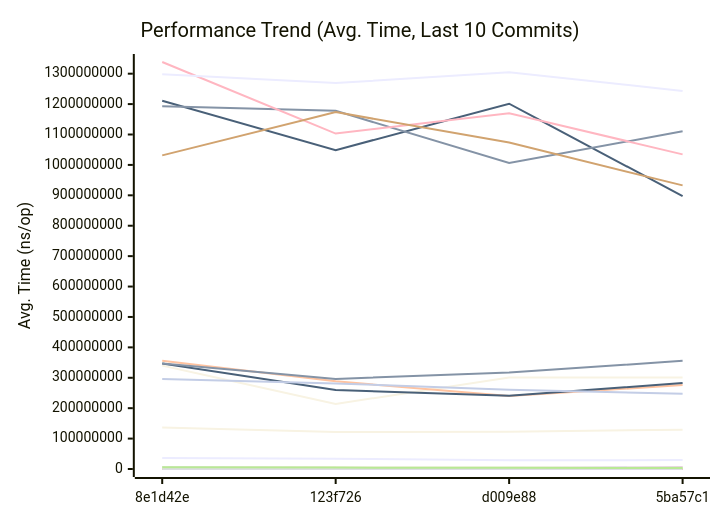
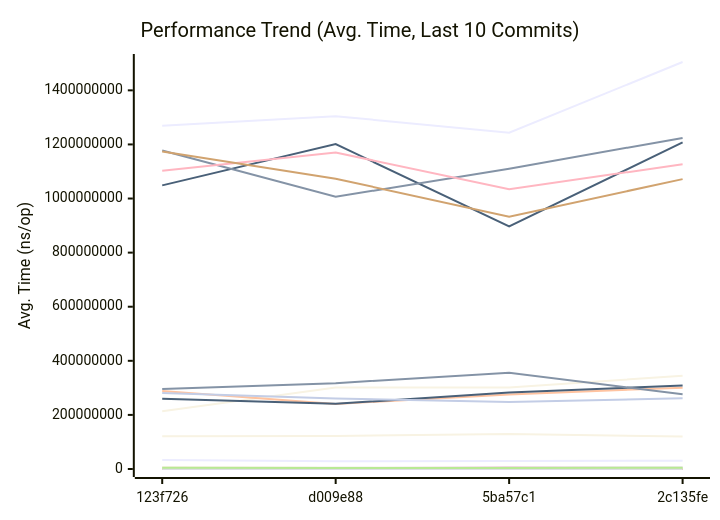
One commit to alsotoes/momo changed the first of 3 diagrams in docs/PERFORMANCE.md. Above: the diagram before and after it, drawn with Mermaid. The commit also changed other lines of this file and 2 other files, not shown here.

Commit message:
fix: scrub referencedBlobs to handle v2 ObjectMeta format (#934)

````diff
--- a/docs/PERFORMANCE.md
+++ b/docs/PERFORMANCE.md
@@ -260,44 +260,44 @@
 ```mermaid
 xychart-beta
     title "Performance Trend (Avg. Time, Last 10 Commits)"
     x-axis "Commit"
     y-axis "Avg. Time (ns/op)"
-    x-axis [8e1d42e,123f726,d009e88,5ba57c1]
-    line "AWSChunkedReaderSigned" [596016,541759,554800,615254,528737,564386,758672,413086,397685,535625]
-    line "AWSChunkedReaderUnsigned" [624951,521049,581740,507516,587797,593238,672192,414070,405982,479460]
-    line "CheckMetricsAndSwap" [13,11,12,11,10,13,15,8,7,10]
-    line "CrushOptimized" [487,522,363,426,455,372,348,300,328,320]
-    line "CrushOriginal" [697,658,647,700,629,670,500,425,443,407]
-    line "FormatListObjectsV2XML_AppendFormat" [928365,977381,898486,862695,851540,926975,915187,583023,566690,627648]
-    line "FormatListObjectsV2XML_OldFormat" [521514,565611,503389,497195,517753,571332,678624,365879,366636,408457]
-    line "HashBytes/1MiB" [4965423,4315588,3618889,5475294,4458201,5002278,3553145,3949669,3443981,3592333]
-    line "HashBytes/256MiB" [1211052717,1048575116,1201286487,897333718,1207294588,1184745180,1044551719,953557308,880098861,925707610]
-    line "HashBytes/64MiB" [339981640,213869807,301162837,301221390,345018440,277796866,225326458,239330627,209418782,242948441]
-    line "HashFile/1MiB" [5039192,3960989,4760647,3647035,4734519,4310666,4389479,3364281,3842035,3350950]
-    line "HashFile/256MiB" [1193078064,1177833636,1006415705,1110450496,1224080744,1231037862,1035601414,793044431,881918242,1015211606]
-    line "HashFile/64MiB" [356293580,288277413,240359009,275852870,300686574,287252666,248823362,200009250,249484580,207167851]
-    line "IndexDirectTracking" [0,0,0,0,1,1,1,0,0,0]
-    line "IndexSearch" [2,2,2,2,2,2,3,2,2,2]
-    line "LastModifiedHeader_AppendFormat" [411,306,291,280,241,335,327,200,185,228]
-    line "LastModifiedHeader_Format" [418,381,345,360,407,375,540,279,262,285]
-    line "LoadGlobalConfig" [15639,12955,12190,11396,14415,13002,10458,9205,9952,8921]
-    line "LocalWrite/1MiB" [620492,558337,524282,489792,546231,429345,817681,719361,445767,431598]
-    line "LocalWrite/256MiB" [136595670,121311016,122106179,129421555,120328176,124110973,158044809,120298309,94142106,100079806]
-    line "LocalWrite/64MiB" [35901035,33613673,28590856,29289820,30438473,30969681,34833751,27951923,24072639,25874779]
-    line "PadString" [64,59,66,60,55,62,58,41,57,53]
+    x-axis [123f726,d009e88,5ba57c1,2c135fe]
+    line "AWSChunkedReaderSigned" [541759,554800,615254,528737,564386,758672,413086,397685,535625,618041]
+    line "AWSChunkedReaderUnsigned" [521049,581740,507516,587797,593238,672192,414070,405982,479460,573661]
+    line "CheckMetricsAndSwap" [11,12,11,10,13,15,8,7,10,10]
+    line "CrushOptimized" [522,363,426,455,372,348,300,328,320,458]
+    line "CrushOriginal" [658,647,700,629,670,500,425,443,407,633]
+    line "FormatListObjectsV2XML_AppendFormat" [977381,898486,862695,851540,926975,915187,583023,566690,627648,848928]
+    line "FormatListObjectsV2XML_OldFormat" [565611,503389,497195,517753,571332,678624,365879,366636,408457,535755]
+    line "HashBytes/1MiB" [4315588,3618889,5475294,4458201,5002278,3553145,3949669,3443981,3592333,5110585]
+    line "HashBytes/256MiB" [1048575116,1201286487,897333718,1207294588,1184745180,1044551719,953557308,880098861,925707610,1174333367]
+    line "HashBytes/64MiB" [213869807,301162837,301221390,345018440,277796866,225326458,239330627,209418782,242948441,297766074]
+    line "HashFile/1MiB" [3960989,4760647,3647035,4734519,4310666,4389479,3364281,3842035,3350950,4950193]
+    line "HashFile/256MiB" [1177833636,1006415705,1110450496,1224080744,1231037862,1035601414,793044431,881918242,1015211606,1319192441]
+    line "HashFile/64MiB" [288277413,240359009,275852870,300686574,287252666,248823362,200009250,249484580,207167851,333549904]
+    line "IndexDirectTracking" [0,0,0,1,1,1,0,0,0,1]
+    line "IndexSearch" [2,2,2,2,2,3,2,2,2,2]
+    line "LastModifiedHeader_AppendFormat" [306,291,280,241,335,327,200,185,228,286]
+    line "LastModifiedHeader_Format" [381,345,360,407,375,540,279,262,285,385]
+    line "LoadGlobalConfig" [12955,12190,11396,14415,13002,10458,9205,9952,8921,13356]
+    line "LocalWrite/1MiB" [558337,524282,489792,546231,429345,817681,719361,445767,431598,526423]
+    line "LocalWrite/256MiB" [121311016,122106179,129421555,120328176,124110973,158044809,120298309,94142106,100079806,126435842]
+    line "LocalWrite/64MiB" [33613673,28590856,29289820,30438473,30969681,34833751,27951923,24072639,25874779,32839259]
+    line "PadString" [59,66,60,55,62,58,41,57,53,71]
     line "ParseReplicationOrder_NoPrealloc" [350,349,357,354,345,225,229,165,232,234]
     line "ParseReplicationOrder_Prealloc" [229,231,237,234,229,108,107,80,110,109]
-    line "Placement" [7054,7086,6141,6119,7125,6310,5825,4876,5168,4621]
-    line "PlacementDomainSpread" [7666,6917,6176,5740,6962,6385,6405,5139,5453,5023]
-    line "ReadVerify/1MiB" [4787467,3900770,3383659,5081549,5082713,4903321,6081724,3136229,3798416,3596845]
-    line "ReadVerify/256MiB" [1338425672,1103105249,1170100253,1034709963,1126615995,955370931,1411104961,1000738329,803259188,883417974]
-    line "ReadVerify/64MiB" [347180139,259882135,240879749,282446554,308997294,315121783,335838061,214326196,232435503,273582930]
-    line "S3PutSpool/1MiB" [5304842,5592080,5587762,4022819,5065293,4750326,6562486,3791252,4349655,4494504]
-    line "S3PutSpool/256MiB" [1298058993,1269281522,1304442018,1243287804,1504779272,1226604254,1140637754,1085496919,1054828608,1041459785]
-    line "S3PutSpool/64MiB" [347153910,296132654,317372640,355710496,276642924,271159852,378241377,245496530,292024160,277039985]
-    line "SanitizeLog/Safe" [341,309,277,263,246,286,286,227,233,295]
-    line "SanitizeLog/Unsafe" [1000,1005,1021,917,915,1036,1495,681,684,922]
-    line "TrustedRead/1MiB" [5638483,4655498,3708543,3570428,4694929,4495398,3669866,3527534,3390683,4063744]
-    line "TrustedRead/256MiB" [1031346576,1173571296,1073394044,932638111,1071768789,1012880474,1648511504,887056660,864337055,941546678]
-    line "TrustedRead/64MiB" [296255358,281349472,260468873,247394092,261716002,251602823,338500502,217741152,228835469,245169178]
+    line "Placement" [7086,6141,6119,7125,6310,5825,4876,5168,4621,6718]
+    line "PlacementDomainSpread" [6917,6176,5740,6962,6385,6405,5139,5453,5023,6553]
+    line "ReadVerify/1MiB" [3900770,3383659,5081549,5082713,4903321,6081724,3136229,3798416,3596845,4460850]
+    line "ReadVerify/256MiB" [1103105249,1170100253,1034709963,1126615995,955370931,1411104961,1000738329,803259188,883417974,1244837167]
+    line "ReadVerify/64MiB" [259882135,240879749,282446554,308997294,315121783,335838061,214326196,232435503,273582930,405518693]
+    line "S3PutSpool/1MiB" [5592080,5587762,4022819,5065293,4750326,6562486,3791252,4349655,4494504,5795780]
+    line "S3PutSpool/256MiB" [1269281522,1304442018,1243287804,1504779272,1226604254,1140637754,1085496919,1054828608,1041459785,1474423367]
+    line "S3PutSpool/64MiB" [296132654,317372640,355710496,276642924,271159852,378241377,245496530,292024160,277039985,384356699]
+    line "SanitizeLog/Safe" [309,277,263,246,286,286,227,233,295,361]
+    line "SanitizeLog/Unsafe" [1005,1021,917,915,1036,1495,681,684,922,1091]
+    line "TrustedRead/1MiB" [4655498,3708543,3570428,4694929,4495398,3669866,3527534,3390683,4063744,6459603]
+    line "TrustedRead/256MiB" [1173571296,1073394044,932638111,1071768789,1012880474,1648511504,887056660,864337055,941546678,1440831398]
+    line "TrustedRead/64MiB" [281349472,260468873,247394092,261716002,251602823,338500502,217741152,228835469,245169178,333995810]
 ```
````
